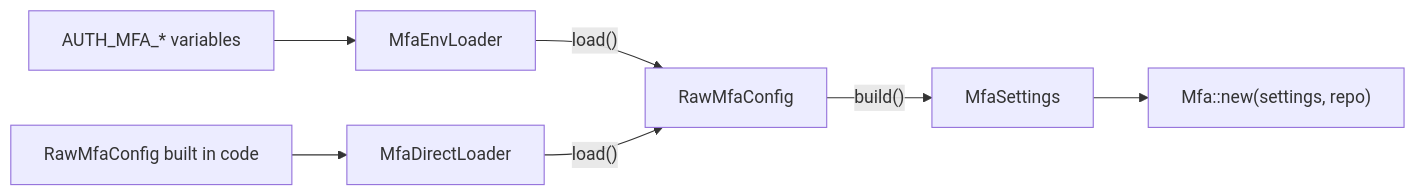
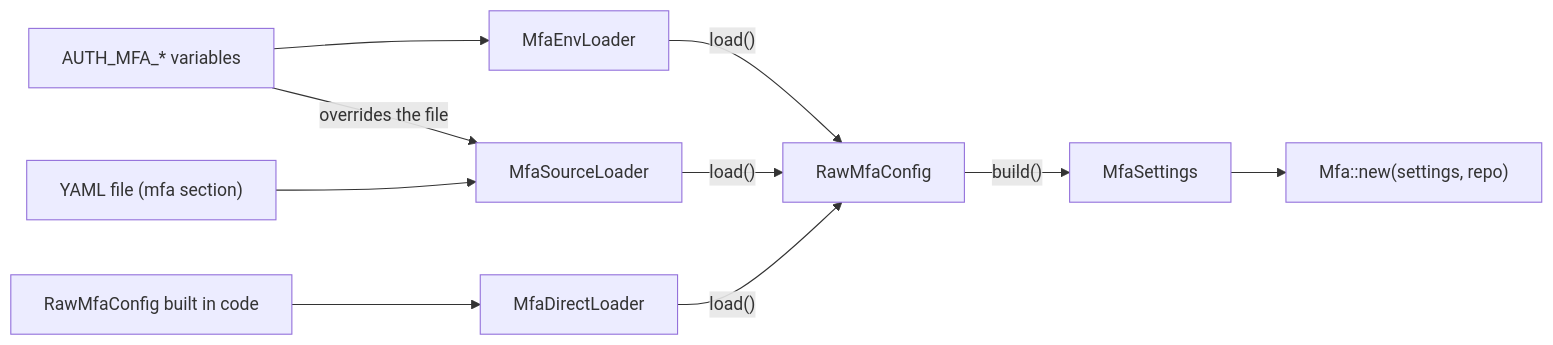
The first of 2 diagrams in adapters/mfa/docs/configuration.md (eugenezimin/auth-lib), drawn with Mermaid before and after one commit. The commit also changed other lines of this file and 12 other files, not shown here.

````diff
--- a/adapters/mfa/docs/configuration.md
+++ b/adapters/mfa/docs/configuration.md
@@ -9,9 +9,12 @@
 ```mermaid
 flowchart LR
     Env["AUTH_MFA_* variables"] --> EnvLoader["MfaEnvLoader"]
+    File["YAML file (mfa section)"] --> Source["MfaSourceLoader"]
+    Env -->|"overrides the file"| Source
     Code["RawMfaConfig built in code"] --> Direct["MfaDirectLoader"]
     EnvLoader -->|"load()"| Raw["RawMfaConfig"]
+    Source -->|"load()"| Raw
     Direct -->|"load()"| Raw
     Raw -->|"build()"| Settings["MfaSettings"]
     Settings --> Mfa["Mfa::new(settings, repo)"]
 ```
````
